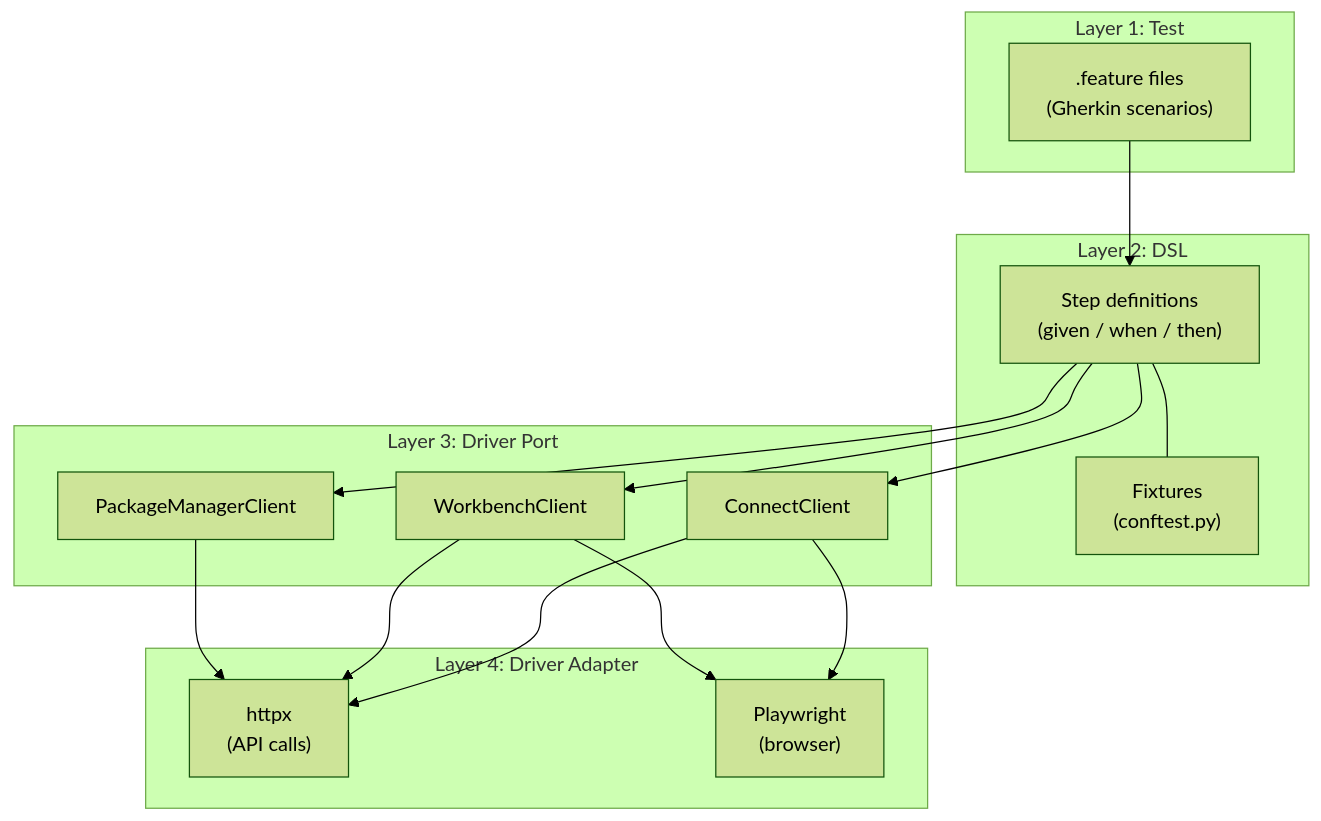
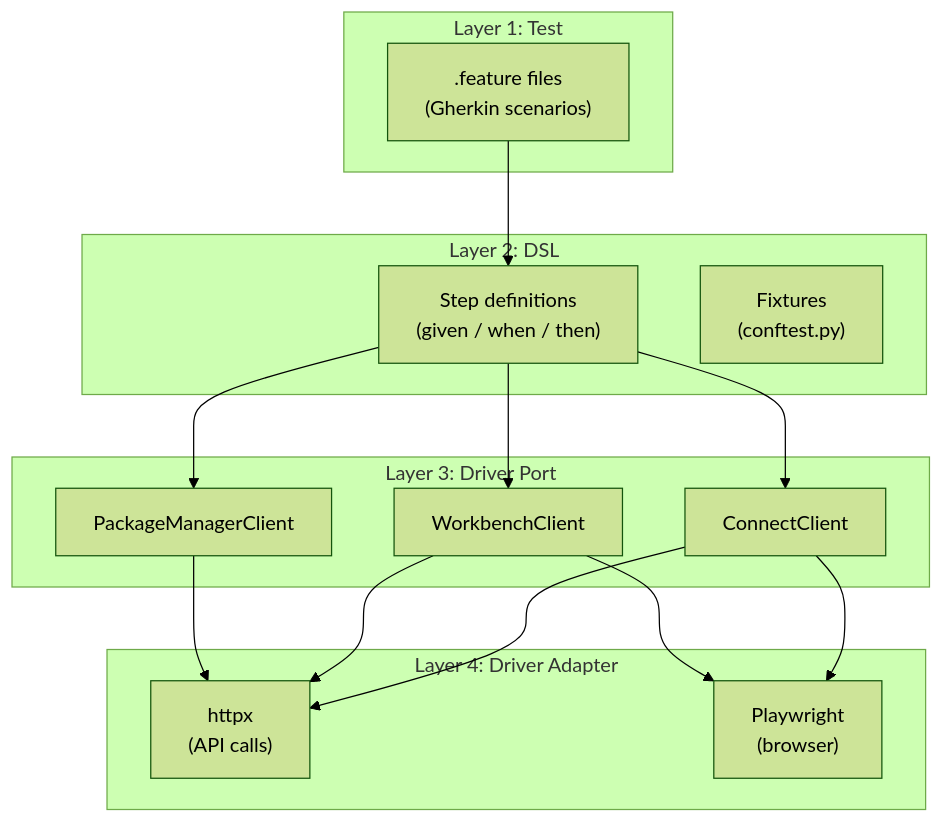
Before and after one commit to posit-dev/vip: the diagram in docs/test-architecture.md, drawn with Mermaid (forest theme).

Commit message:
fix(docs): remove connection line between fixtures and step defs in diagram
https://claude.ai/code/session_01R8tNiukXdAgnxquccAGoXg

````diff
--- a/docs/test-architecture.md
+++ b/docs/test-architecture.md
@@ -14,33 +14,34 @@
 ```mermaid
 graph TD
     subgraph "Layer 1: Test"
         F[".feature files<br/>(Gherkin scenarios)"]
     end
 
     subgraph "Layer 2: DSL"
         S["Step definitions<br/>(given / when / then)"]
         FX["Fixtures<br/>(conftest.py)"]
-        S --- FX
+        S
+        FX
     end
 
     subgraph "Layer 3: Driver Port"
         CC["ConnectClient"]
         WC["WorkbenchClient"]
         PC["PackageManagerClient"]
     end
 
     subgraph "Layer 4: Driver Adapter"
         API["httpx<br/>(API calls)"]
         UI["Playwright<br/>(browser)"]
     end
 
     F --> S
     S --> CC
     S --> WC
     S --> PC
     CC --> API
     CC --> UI
     WC --> API
     WC --> UI
     PC --> API
 ```
````
